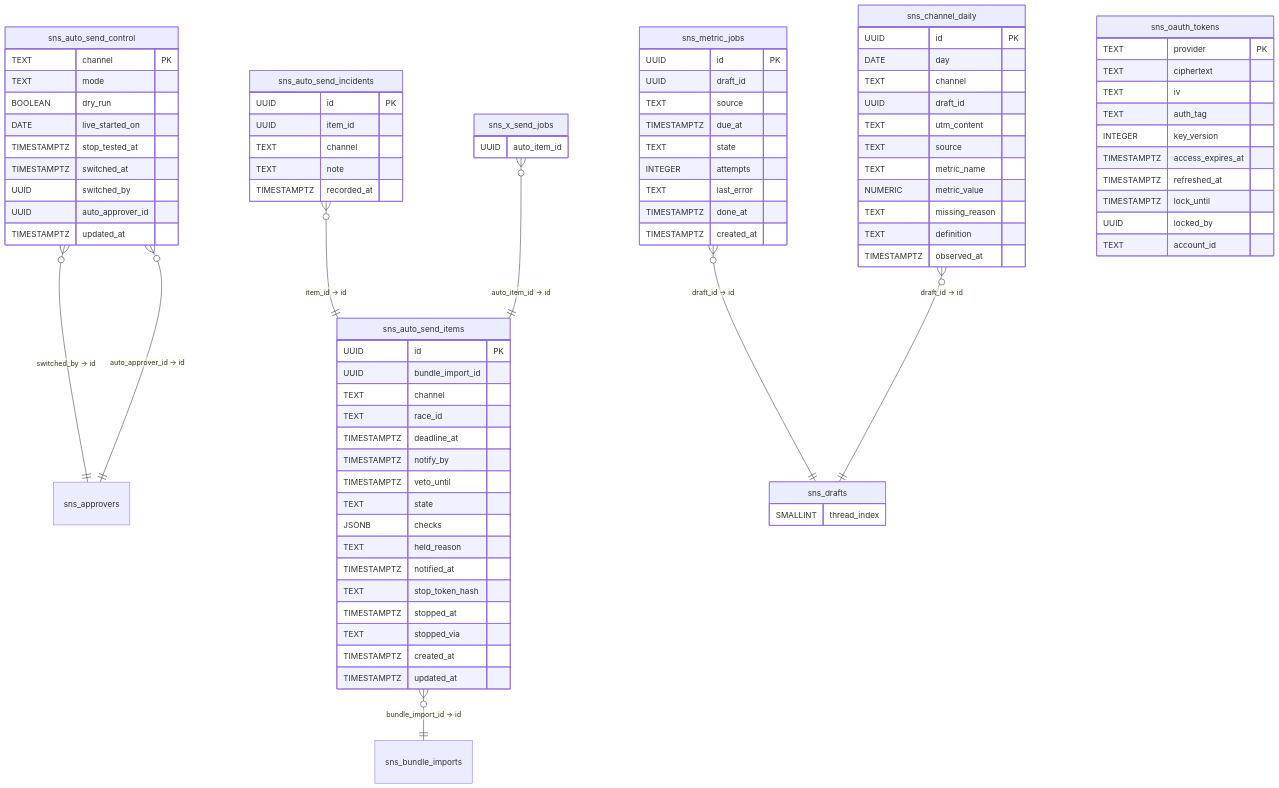
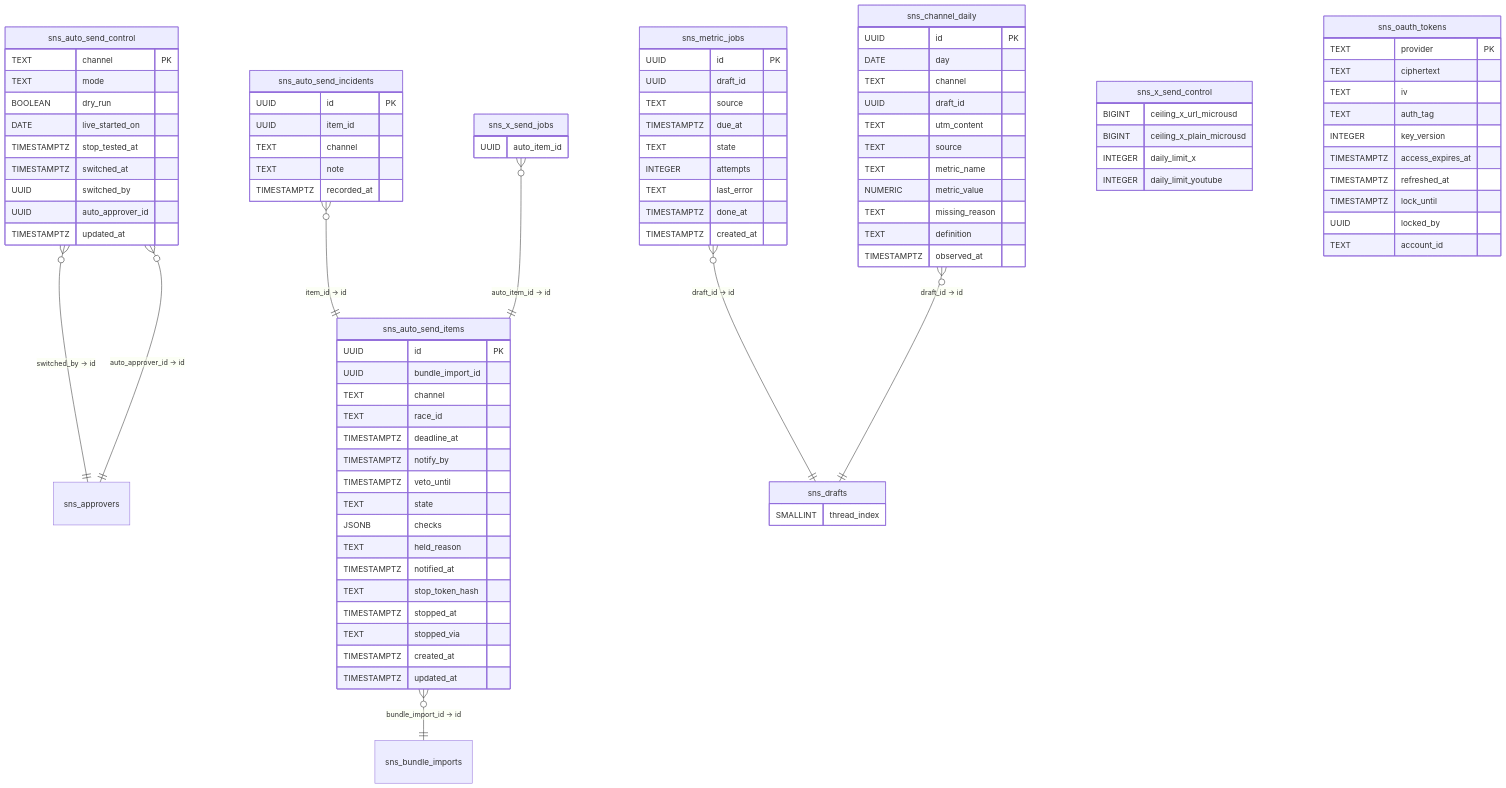
Before and after one commit to rhapsody0919/boatrace-ai-predictor: the third of 3 diagrams in docs/design/sns-pdca-loop/plan.md, drawn with Mermaid. The commit also changed other lines of this file and 10 other files, not shown here.

```diff
--- a/docs/design/sns-pdca-loop/plan.md
+++ b/docs/design/sns-pdca-loop/plan.md
@@ -200,6 +206,12 @@
         TEXT note
         TIMESTAMPTZ recorded_at
     }
+    sns_x_send_control {
+        BIGINT ceiling_x_url_microusd
+        BIGINT ceiling_x_plain_microusd
+        INTEGER daily_limit_x
+        INTEGER daily_limit_youtube
+    }
     sns_x_send_jobs {
         UUID auto_item_id
     }
```
